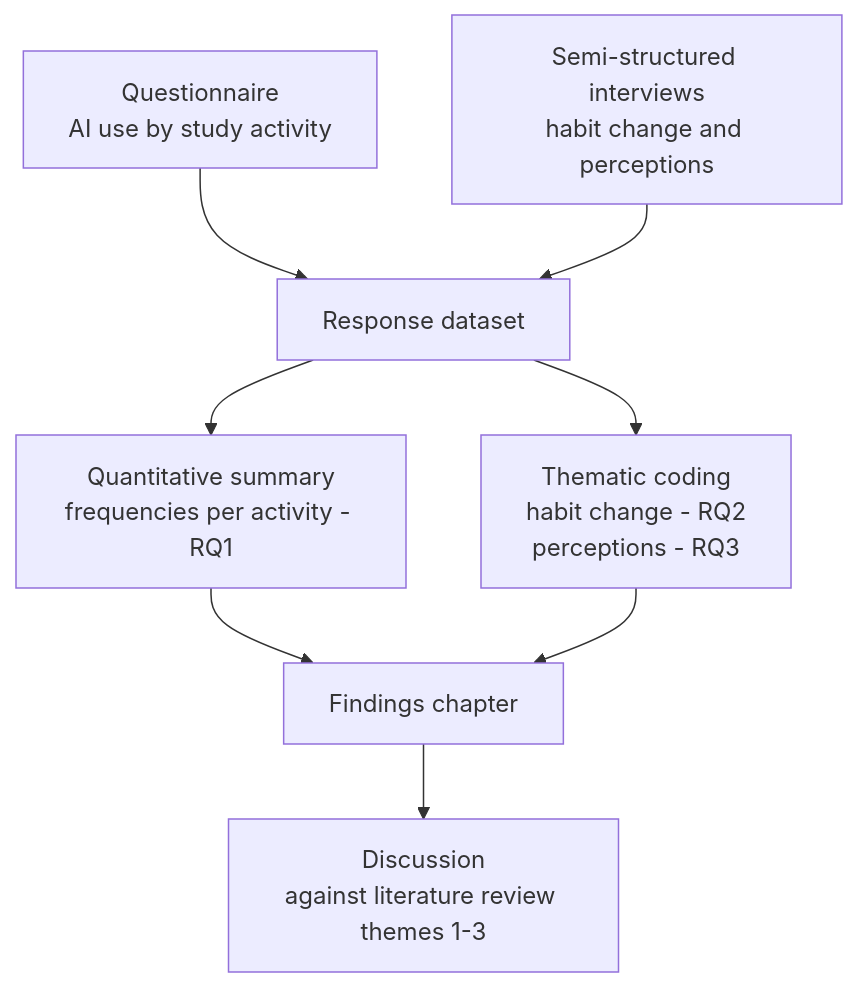
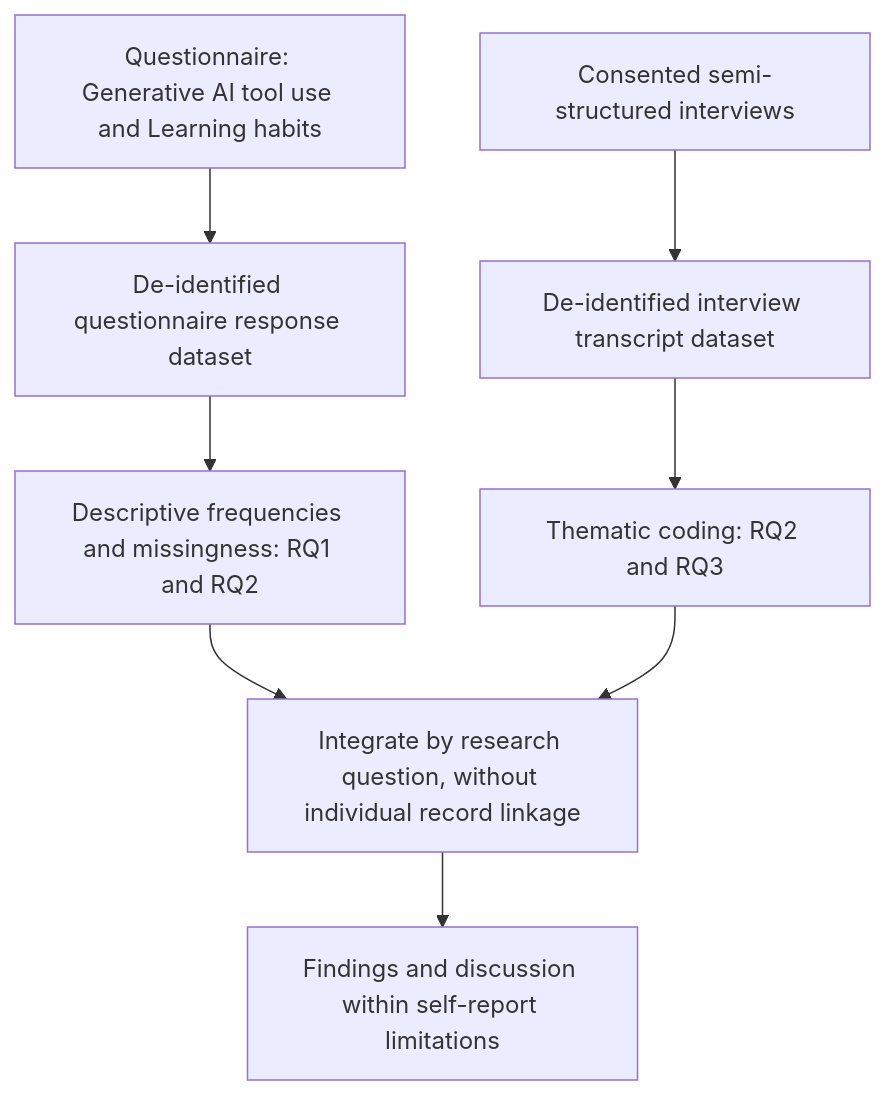
One commit to jashd9528/ghostagent changed the first of 2 diagrams in examples/sample-run/diagrams.md. Above: the diagram before and after it, drawn with Mermaid. The commit also changed other lines of this file and 38 other files, not shown here.

````diff
--- a/examples/sample-run/diagrams.md
+++ b/examples/sample-run/diagrams.md
@@ -10,10 +9,10 @@
 ```mermaid
 flowchart TD
-    A[Questionnaire<br/>AI use by study activity] --> C[Response dataset]
-    B[Semi-structured interviews<br/>habit change and perceptions] --> C
-    C --> D[Quantitative summary<br/>frequencies per activity - RQ1]
-    C --> E[Thematic coding<br/>habit change - RQ2<br/>perceptions - RQ3]
-    D --> F[Findings chapter]
-    E --> F
-    F --> G[Discussion<br/>against literature review themes 1-3]
+    Q["Questionnaire: Generative AI tool use and Learning habits"] --> QS["De-identified questionnaire response dataset"]
+    I["Consented semi-structured interviews"] --> IS["De-identified interview transcript dataset"]
+    QS --> A["Descriptive frequencies and missingness: RQ1 and RQ2"]
+    IS --> B["Thematic coding: RQ2 and RQ3"]
+    A --> C["Integrate by research question, without individual record linkage"]
+    B --> C
+    C --> D["Findings and discussion within self-report limitations"]
 ```
````
